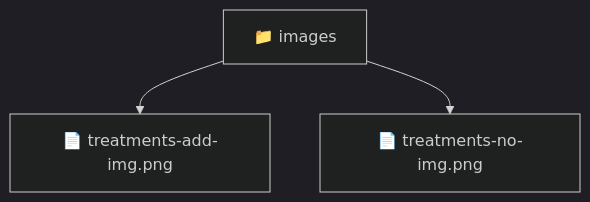
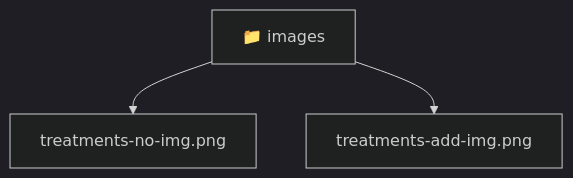
Before and after one commit to beginwebdev2002/fullstack-mavluda: the diagram in frontend/public/images/README.md, drawn with Mermaid (dark theme). The commit also changed other lines of this file and 167 other files, not shown here.

````diff
--- a/frontend/public/images/README.md
+++ b/frontend/public/images/README.md
@@ -9,6 +9,8 @@
 ```mermaid
 graph TD
-  Root["📁 images"]
-  Root --> treatments_add_img_png["📄 treatments-add-img.png"]
-  Root --> treatments_no_img_png["📄 treatments-no-img.png"]
+  Root_images["📁 images"]
+  f_treatments_no_img_png["treatments-no-img.png"]
+  Root_images --> f_treatments_no_img_png
+  f_treatments_add_img_png["treatments-add-img.png"]
+  Root_images --> f_treatments_add_img_png
 ```
````
